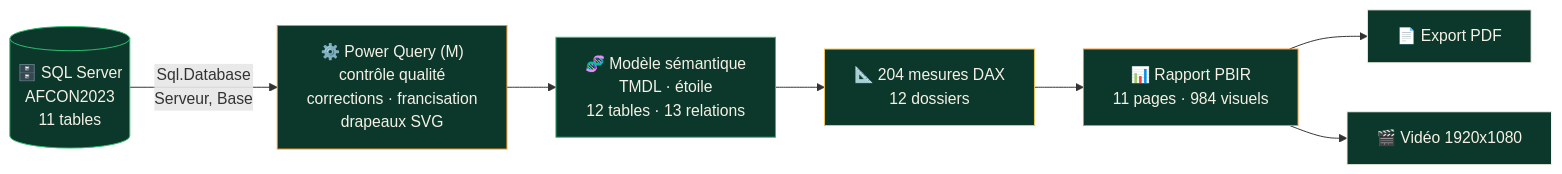
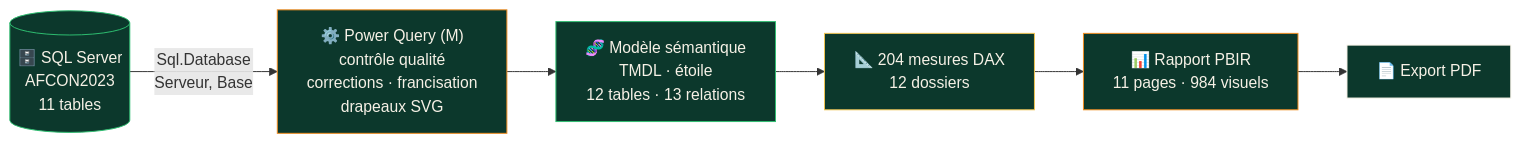
The diagram in README.md (abdoulhamiddiallo/can-2023-afcon-powerbi), drawn with Mermaid before and after one commit. The commit also changed other lines of this file and 2 other files, not shown here.

Commit message:
Retrait de la vidéo du dépôt

````diff
--- a/README.md
+++ b/README.md
@@ -144,16 +144,14 @@
 ```mermaid
 flowchart LR
     A[("🗄️ SQL Server<br/>AFCON2023<br/>11 tables")] -->|Sql.Database<br/>Serveur, Base| B["⚙️ Power Query (M)<br/>contrôle qualité<br/>corrections · francisation<br/>drapeaux SVG"]
     B --> C["🧬 Modèle sémantique<br/>TMDL · étoile<br/>12 tables · 13 relations"]
     C --> D["📐 204 mesures DAX<br/>12 dossiers"]
     D --> E["📊 Rapport PBIR<br/>11 pages · 984 visuels"]
     E --> F["📄 Export PDF"]
-    E --> G["🎬 Vidéo 1920x1080"]
     style A fill:#0C382C,stroke:#2FBF71,color:#F6F1E6
     style B fill:#0C382C,stroke:#F28C1E,color:#F6F1E6
     style C fill:#0C382C,stroke:#2FBF71,color:#F6F1E6
     style D fill:#0C382C,stroke:#F0C450,color:#F6F1E6
     style E fill:#0C382C,stroke:#F28C1E,color:#F6F1E6
     style F fill:#0C382C,stroke:#F6F1E6,color:#F6F1E6
-    style G fill:#0C382C,stroke:#F6F1E6,color:#F6F1E6
 ```
````
